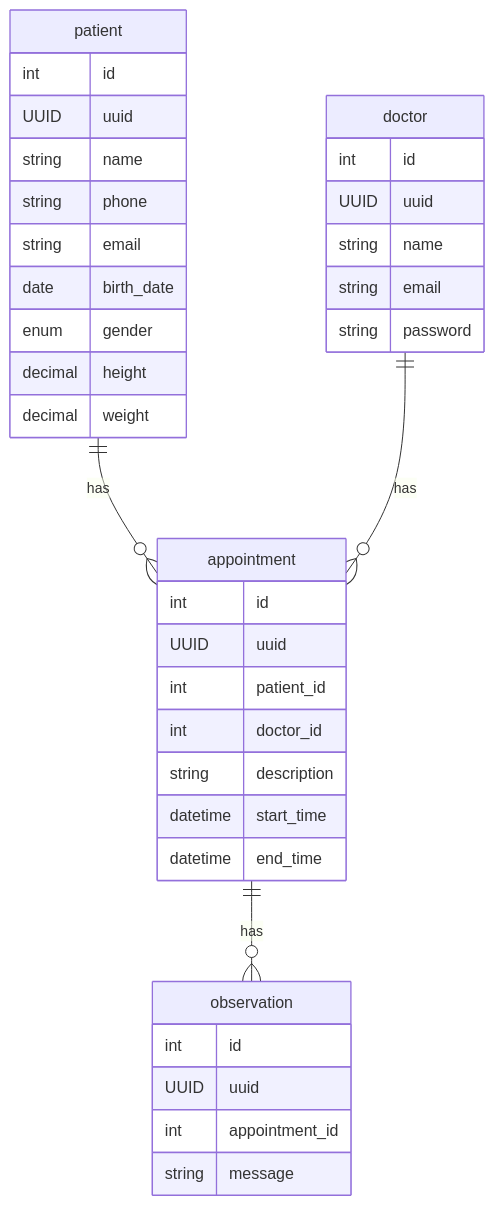
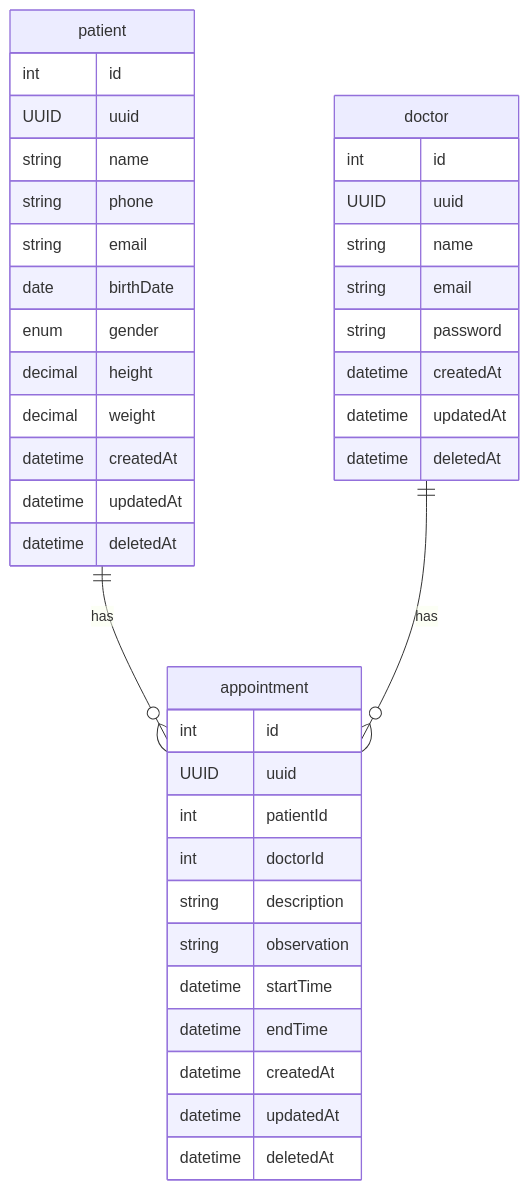
Before and after one commit to jtonynet/js-med-planner: the diagram in README.md, drawn with Mermaid. The commit also changed other lines of this file and 11 other files, not shown here.

````diff
--- a/README.md
+++ b/README.md
@@ -231,40 +231,43 @@
 ```mermaid
 erDiagram 
     patient {
         int id
         UUID uuid
         string name
         string phone
         string email
-        date birth_date
+        date birthDate
         enum gender
         decimal height
         decimal weight
+        datetime createdAt
+        datetime updatedAt
+        datetime deletedAt
     }
     appointment {
         int id
         UUID uuid
-        int patient_id
-        int doctor_id
+        int patientId
+        int doctorId
         string description
-        datetime start_time
-        datetime end_time
+        string observation
+        datetime startTime
+        datetime endTime
+        datetime createdAt
+        datetime updatedAt
+        datetime deletedAt
     }
     doctor {
         int id
         UUID uuid
         string name
         string email
         string password
-    }
-    observation{
-        int id
-        UUID uuid
-        int appointment_id
-        string message
+        datetime createdAt
+        datetime updatedAt
+        datetime deletedAt
     }
 
     patient ||--o{ appointment : has
     doctor ||--o{ appointment : has
-    appointment ||--o{ observation : has
 ```
````
